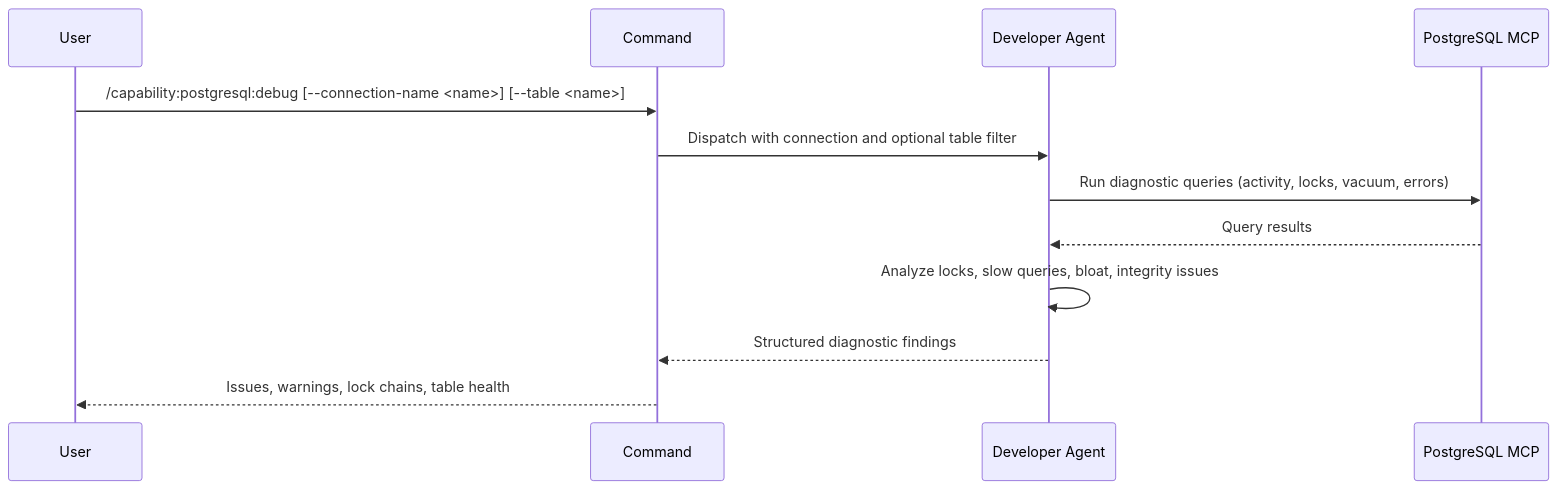
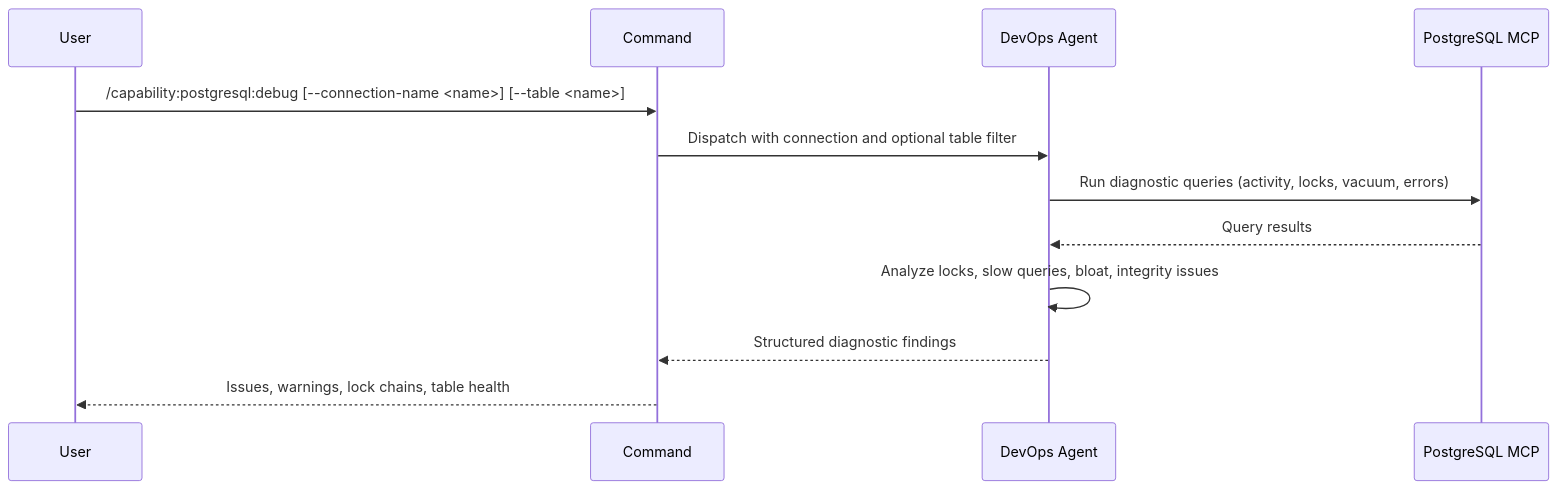
Before and after one commit to zzaia/zzaia-agentic-workspace: the diagram in .claude/commands/capability/postgresql/debug/SKILL.md, drawn with Mermaid. The commit also changed other lines of this file and 5 other files, not shown here.

````diff
--- a/.claude/commands/capability/postgresql/debug/SKILL.md
+++ b/.claude/commands/capability/postgresql/debug/SKILL.md
@@ -58,15 +58,15 @@
 ```mermaid
 sequenceDiagram
     participant U as User
     participant C as Command
-    participant A as Developer Agent
+    participant A as DevOps Agent
     participant PG as PostgreSQL MCP
 
     U->>C: /capability:postgresql:debug [--connection-name <name>] [--table <name>]
     C->>A: Dispatch with connection and optional table filter
     A->>PG: Run diagnostic queries (activity, locks, vacuum, errors)
     PG-->>A: Query results
     A->>A: Analyze locks, slow queries, bloat, integrity issues
     A-->>C: Structured diagnostic findings
     C-->>U: Issues, warnings, lock chains, table health
 ```
````
